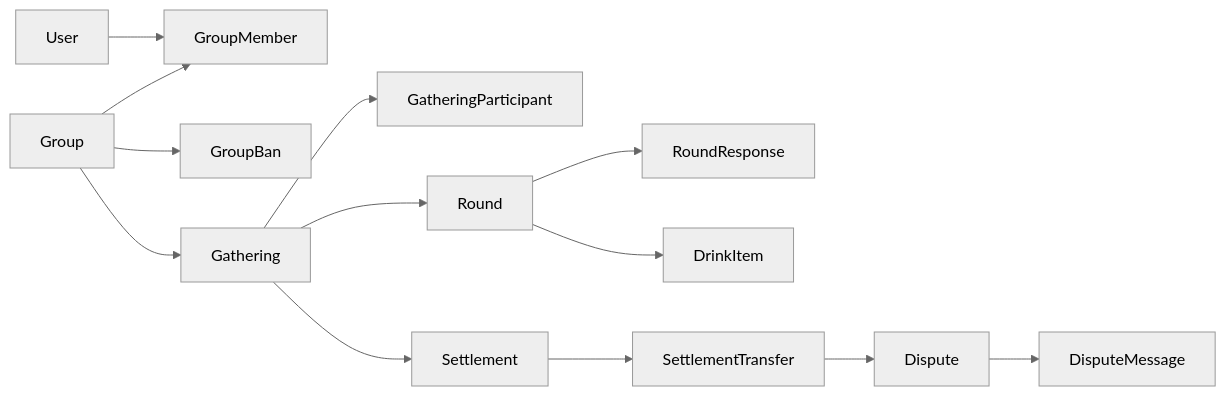
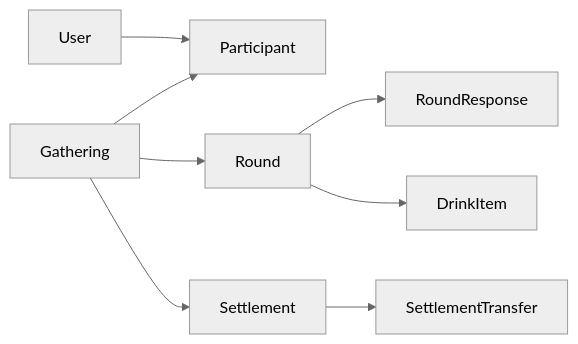
One commit to owencity/jungsan_attack changed the diagram in docs/DOMAIN_DB_DESIGN_V2.md. Above: the diagram before and after it, drawn with Mermaid (neutral theme). The commit also changed other lines of this file and 13 other files, not shown here.

````diff
--- a/docs/DOMAIN_DB_DESIGN_V2.md
+++ b/docs/DOMAIN_DB_DESIGN_V2.md
@@ -32,15 +38,10 @@
 ```mermaid
 flowchart LR
-    U[User] --> GM[GroupMember]
-    G[Group] --> GM
-    G --> GB[GroupBan]
-    G --> GA[Gathering]
-    GA --> GP[GatheringParticipant]
+    U[User] --> P[Participant]
+    GA[Gathering] --> P
     GA --> R[Round]
     R --> RR[RoundResponse]
     R --> DI[DrinkItem]
     GA --> S[Settlement]
     S --> T[SettlementTransfer]
-    T --> D[Dispute]
-    D --> DM[DisputeMessage]
 ```
````
